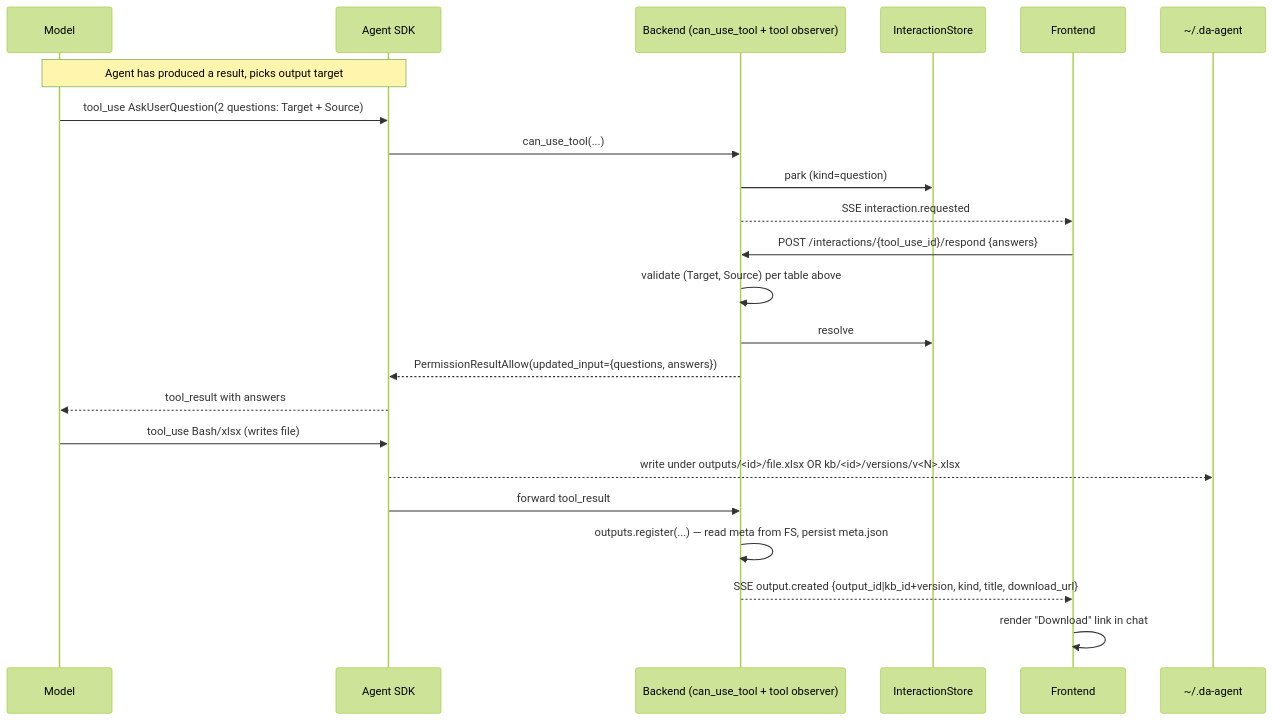
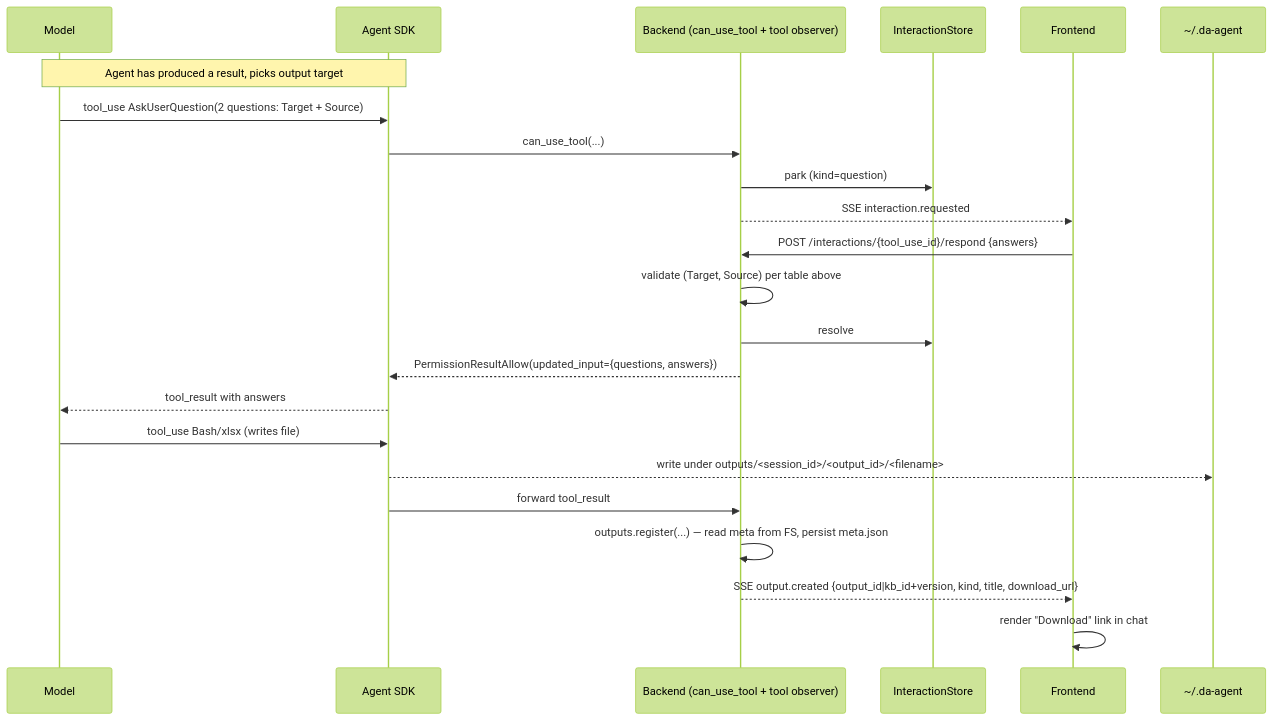
Before and after one commit to PhuongBui712/da-agent-be: the sixth of 11 diagrams in docs/technical-spec.md, drawn with Mermaid (forest theme). The commit also changed other lines of this file and 2 other files, not shown here.

````diff
--- a/docs/technical-spec.md
+++ b/docs/technical-spec.md
@@ -414,27 +377,27 @@
 ```mermaid
 sequenceDiagram
   participant M as Model
   participant SDK as Agent SDK
   participant BE as Backend (can_use_tool + tool observer)
   participant Store as InteractionStore
   participant FE as Frontend
   participant FS as ~/.da-agent
 
   Note over M,SDK: Agent has produced a result, picks output target
   M->>SDK: tool_use AskUserQuestion(2 questions: Target + Source)
   SDK->>BE: can_use_tool(...)
   BE->>Store: park (kind=question)
   BE-->>FE: SSE interaction.requested
   FE->>BE: POST /interactions/{tool_use_id}/respond {answers}
   BE->>BE: validate (Target, Source) per table above
   BE->>Store: resolve
   BE-->>SDK: PermissionResultAllow(updated_input={questions, answers})
   SDK-->>M: tool_result with answers
 
   M->>SDK: tool_use Bash/xlsx (writes file)
-  SDK-->>FS: write under outputs/<id>/file.xlsx OR kb/<id>/versions/v<N>.xlsx
+  SDK-->>FS: write under outputs/<session_id>/<output_id>/<filename>
   SDK->>BE: forward tool_result
   BE->>BE: outputs.register(...) — read meta from FS, persist meta.json
   BE-->>FE: SSE output.created {output_id|kb_id+version, kind, title, download_url}
   FE->>FE: render "Download" link in chat
 ```
````
